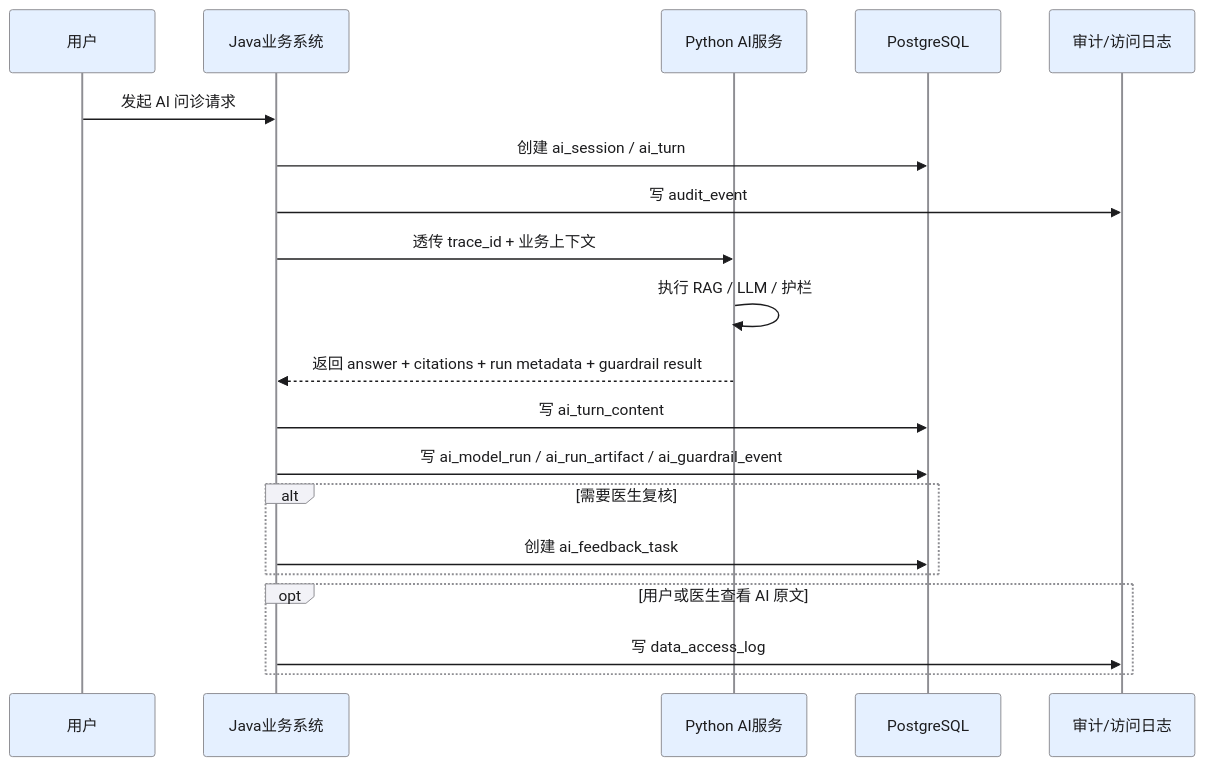
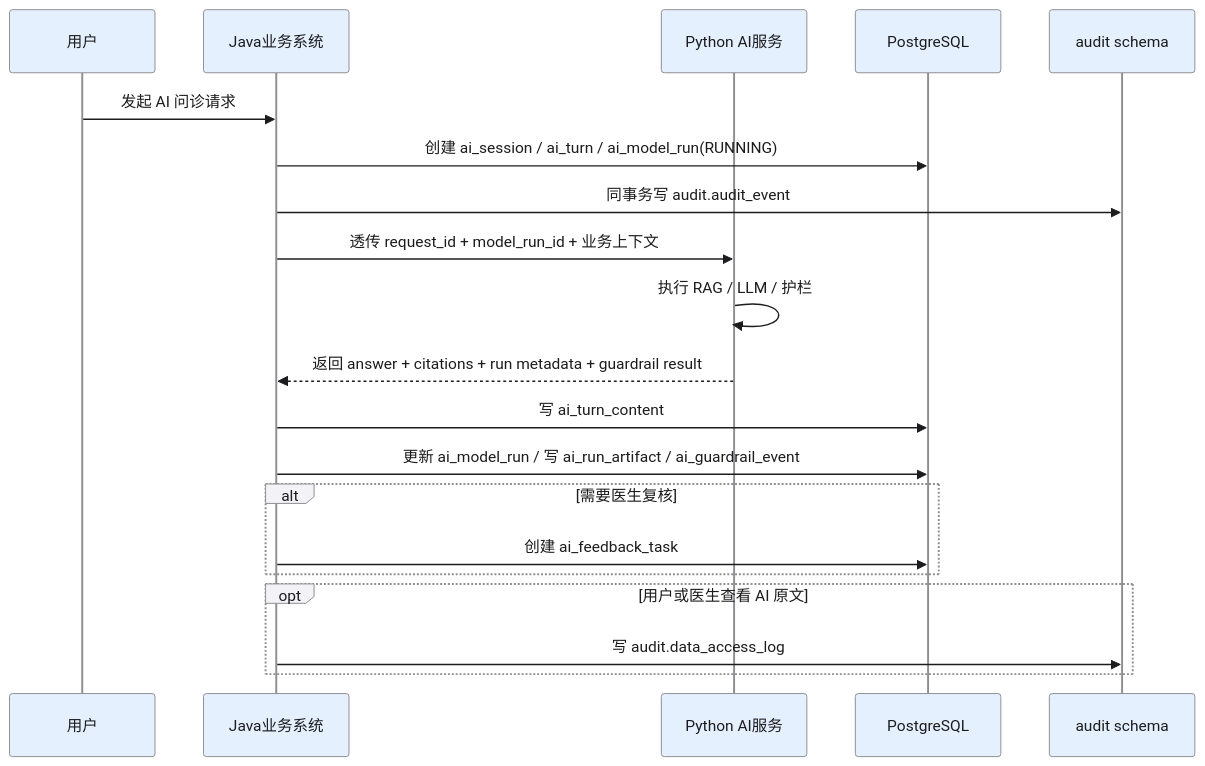
Before and after one commit to JianwenShaw/MediAskDocs: the second of 3 diagrams in docs/07B-AI-AUDIT-V3.md, drawn with Mermaid. The commit also changed other lines of this file and 31 other files, not shown here.

Commit message:
feat: architecture refactor

````diff
--- a/docs/07B-AI-AUDIT-V3.md
+++ b/docs/07B-AI-AUDIT-V3.md
@@ -522,24 +532,24 @@
 ```mermaid
 %%{init: {'theme': 'base', 'themeVariables': {'primaryColor': '#E5F0FF', 'primaryTextColor': '#1C1C1E', 'primaryBorderColor': '#007AFF', 'lineColor': '#8E8E93', 'actorBkg': '#E5F0FF', 'actorTextColor': '#1C1C1E', 'actorBorder': '#8E8E93', 'activationBorderColor': '#8E8E93', 'activationBkgColor': '#F2F2F7', 'sequenceNumberColor': '#FFFFFF', 'signalColor': '#1C1C1E', 'labelBoxBkgColor': '#F2F2F7', 'labelBoxBorderColor': '#8E8E93', 'labelTextColor': '#1C1C1E', 'loopTextColor': '#1C1C1E', 'noteBkgColor': '#FFF4E5', 'noteTextColor': '#1C1C1E', 'noteBorderColor': '#8E8E93'}}}%%
 sequenceDiagram
     participant User as 用户
     participant Java as Java业务系统
     participant Py as Python AI服务
     participant DB as PostgreSQL
-    participant Audit as 审计/访问日志
+    participant AuditDB as audit schema
 
     User->>Java: 发起 AI 问诊请求
-    Java->>DB: 创建 ai_session / ai_turn
-    Java->>Audit: 写 audit_event
-    Java->>Py: 透传 trace_id + 业务上下文
+    Java->>DB: 创建 ai_session / ai_turn / ai_model_run(RUNNING)
+    Java->>AuditDB: 同事务写 audit.audit_event
+    Java->>Py: 透传 request_id + model_run_id + 业务上下文
     Py->>Py: 执行 RAG / LLM / 护栏
     Py-->>Java: 返回 answer + citations + run metadata + guardrail result
     Java->>DB: 写 ai_turn_content
-    Java->>DB: 写 ai_model_run / ai_run_artifact / ai_guardrail_event
+    Java->>DB: 更新 ai_model_run / 写 ai_run_artifact / ai_guardrail_event
     alt 需要医生复核
         Java->>DB: 创建 ai_feedback_task
     end
     opt 用户或医生查看 AI 原文
-        Java->>Audit: 写 data_access_log
+        Java->>AuditDB: 写 audit.data_access_log
     end
 ```
````
